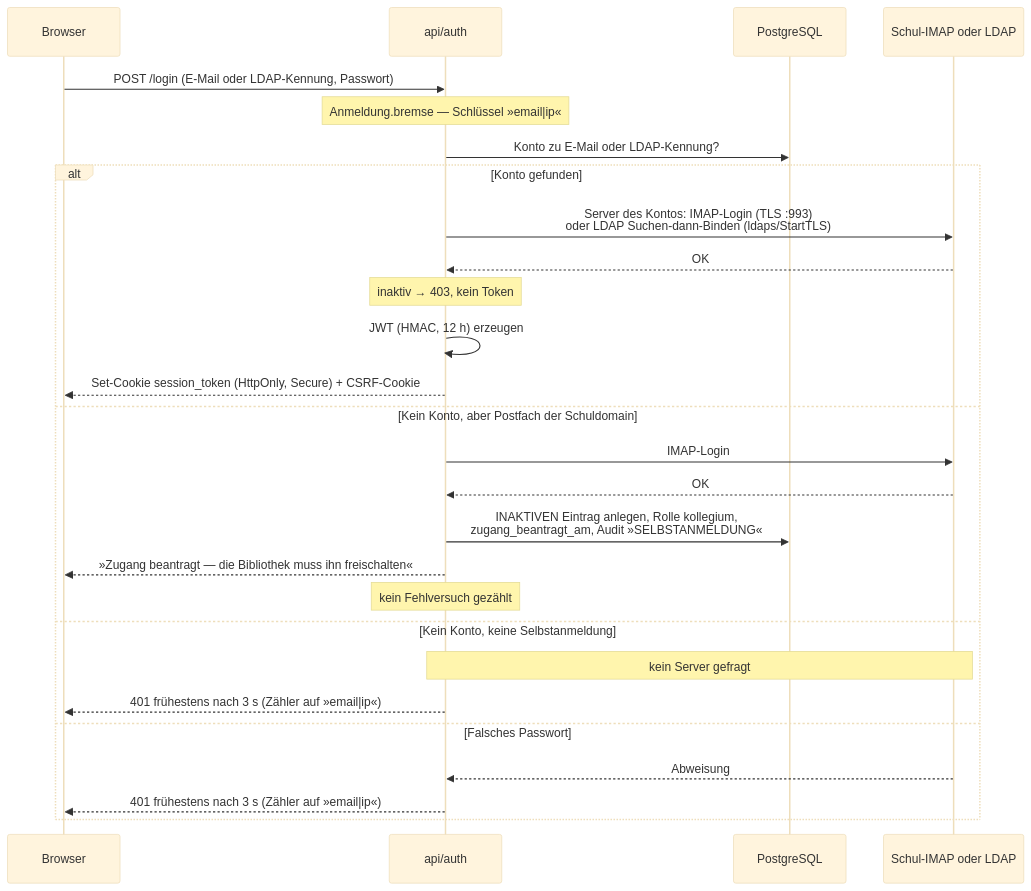
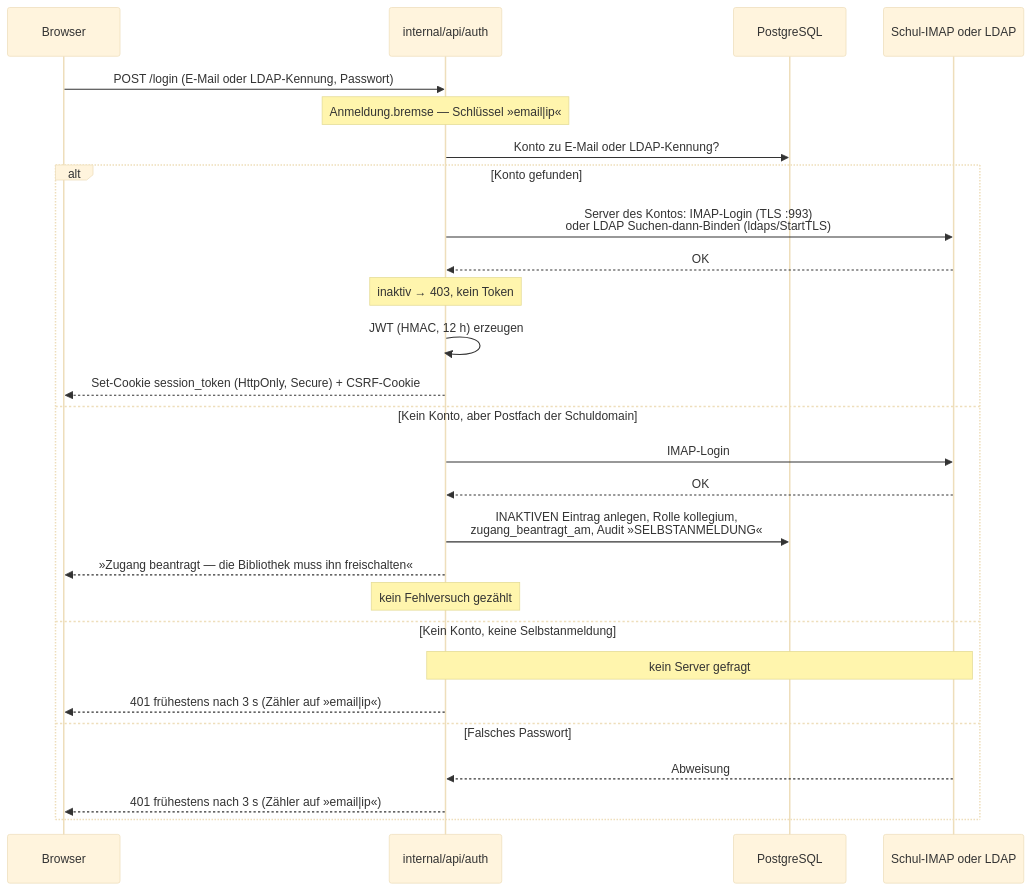
The second of 5 diagrams in docs/ARCHITEKTUR.md (uuuxy/bibliothek), drawn with Mermaid (base theme) before and after one commit. The commit also changed other lines of this file and 2613 other files, not shown here.

````diff
--- a/docs/ARCHITEKTUR.md
+++ b/docs/ARCHITEKTUR.md
@@ -1188,30 +1195,30 @@
 ```mermaid
 sequenceDiagram
     participant B as Browser
-    participant A as api/auth
+    participant A as internal/api/auth
     participant DB as PostgreSQL
     participant S as Schul-IMAP oder LDAP
 
     B->>A: POST /login (E-Mail oder LDAP-Kennung, Passwort)
     Note over A: Anmeldung.bremse — Schlüssel »email|ip«
     A->>DB: Konto zu E-Mail oder LDAP-Kennung?
     alt Konto gefunden
         A->>S: Server des Kontos: IMAP-Login (TLS :993)<br/>oder LDAP Suchen-dann-Binden (ldaps/StartTLS)
         S-->>A: OK
         Note over A: inaktiv → 403, kein Token
         A->>A: JWT (HMAC, 12 h) erzeugen
         A-->>B: Set-Cookie session_token (HttpOnly, Secure) + CSRF-Cookie
     else Kein Konto, aber Postfach der Schuldomain
         A->>S: IMAP-Login
         S-->>A: OK
         A->>DB: INAKTIVEN Eintrag anlegen, Rolle kollegium,<br/>zugang_beantragt_am, Audit »SELBSTANMELDUNG«
         A-->>B: »Zugang beantragt — die Bibliothek muss ihn freischalten«
         Note over A: kein Fehlversuch gezählt
     else Kein Konto, keine Selbstanmeldung
         Note over A,S: kein Server gefragt
         A-->>B: 401 frühestens nach 3 s (Zähler auf »email|ip«)
     else Falsches Passwort
         S-->>A: Abweisung
         A-->>B: 401 frühestens nach 3 s (Zähler auf »email|ip«)
     end
 ```
````
